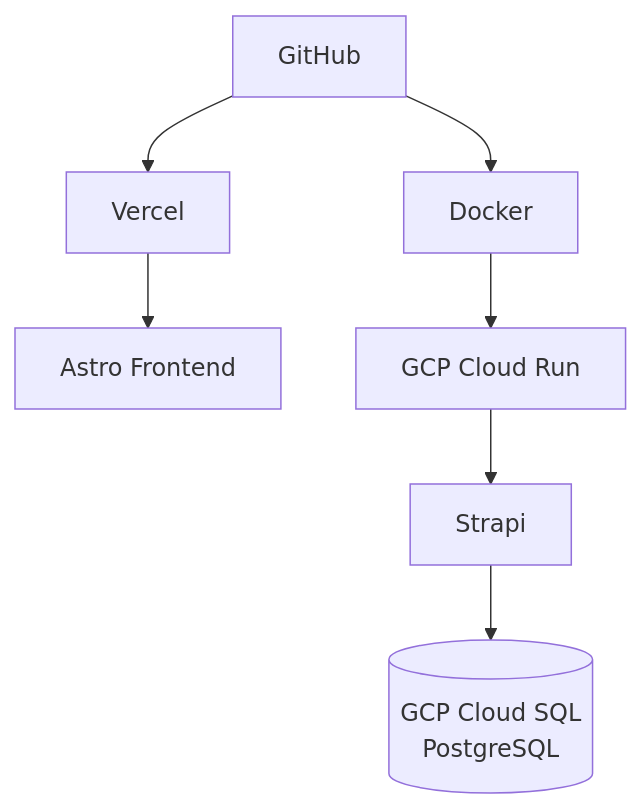
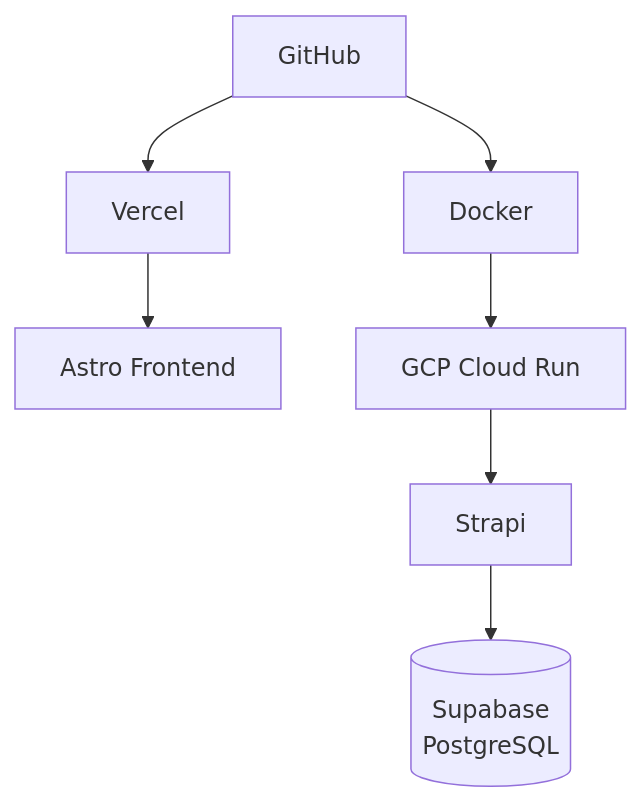
The second of 2 diagrams in README.id.md (AnggaWikaNugraha/knowly-headless-cms), drawn with Mermaid before and after one commit. The commit also changed other lines of this file and 8 other files, not shown here.

````diff
--- a/README.id.md
+++ b/README.id.md
@@ -111,17 +112,17 @@
 ```mermaid
 flowchart TD
     G[GitHub]
     V[Vercel]
     DK[Docker]
     AF[Astro Frontend]
     CR[GCP Cloud Run]
     ST[Strapi]
-    SQ[("GCP Cloud SQL<br/>PostgreSQL")]
+    SQ[("Supabase<br/>PostgreSQL")]
 
     G --> V
     G --> DK
     V --> AF
     DK --> CR
     CR --> ST
     ST --> SQ
 ```
````
